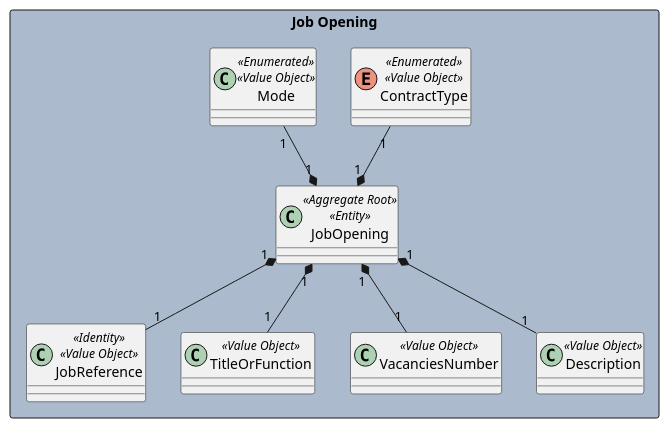
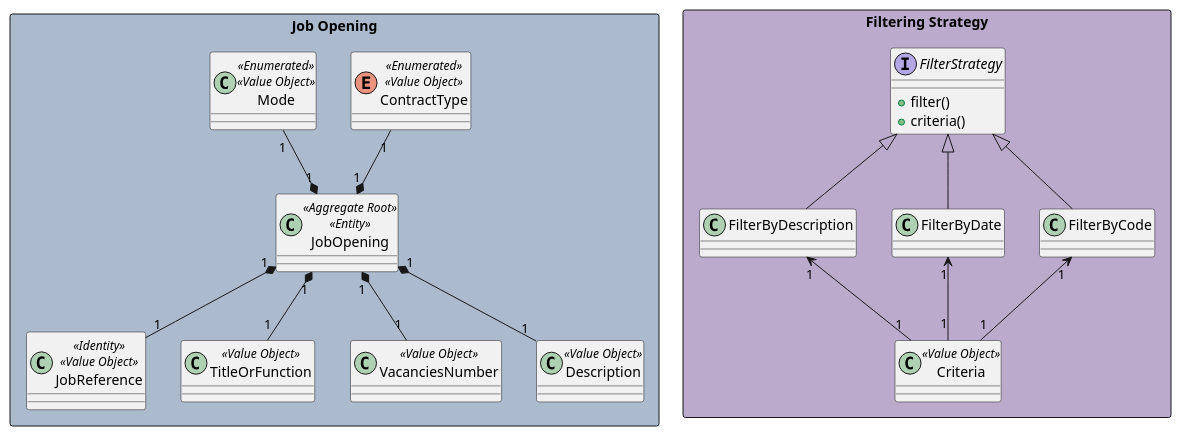
Before and after one commit to marcoferreira37/Lapr4: the diagram in docs/sprintB/1003/1003-domain-model.puml, drawn with PlantUML. The commit also changed 2 other files, not shown here.

```diff
--- a/docs/sprintB/1003/1003-domain-model.puml
+++ b/docs/sprintB/1003/1003-domain-model.puml
@@ -1,37 +1,55 @@
 @startuml
 ''skinparam monochrome true
 skinparam packageStyle rectangle
 skinparam shadowing false
 
 
 rectangle "Job Opening" #abbacc {
 
     class JobOpening<<Aggregate Root>><<Entity>>{}
 
     class JobReference<<Identity>><<Value Object>>{}
 
     class TitleOrFunction<<Value Object>>{}
 
     enum ContractType<<Enumerated>><<Value Object>>{}
 
     class Mode<<Enumerated>><<Value Object>>{}
 
 
     class VacanciesNumber<<Value Object>>{}
 
     class Description<<Value Object>>{}
 
     ''Maybe go to Interview Model
 
 }
 
+rectangle "Filtering Strategy" #bbaacc {
+interface FilterStrategy{
+
+    +filter()
+    +criteria()
+    }
+
+    class Criteria <<Value Object>>{}
+
+    class FilterByDescription extends FilterStrategy{}
+    class FilterByDate extends FilterStrategy{}
+    class FilterByCode extends FilterStrategy {}
+}
 
 
 JobReference "1" -up-* "1" JobOpening
 TitleOrFunction "1" -up-* "1" JobOpening
 ContractType "1" --* "1" JobOpening
 Mode "1" --* "1" JobOpening
 Description "1" -up-* "1" JobOpening
 VacanciesNumber "1" -up-* "1" JobOpening
 
+Criteria "1" -up-> "1" FilterByCode
+Criteria "1" -up-> "1" FilterByDate
+Criteria "1" -up-> "1" FilterByDescription
+
+
 @enduml
```
